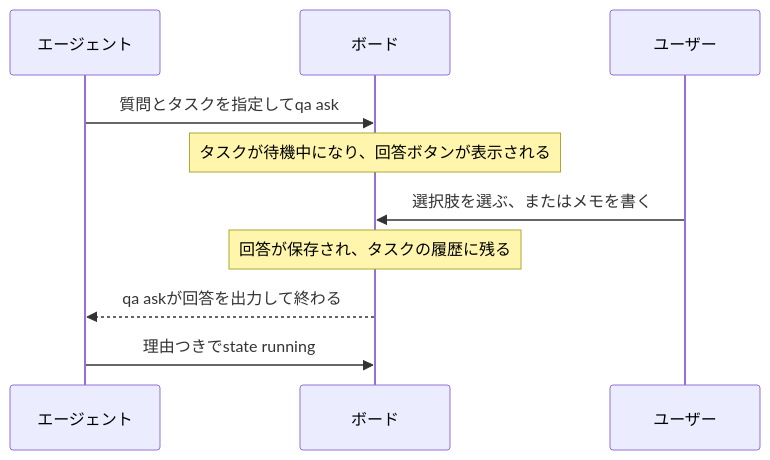
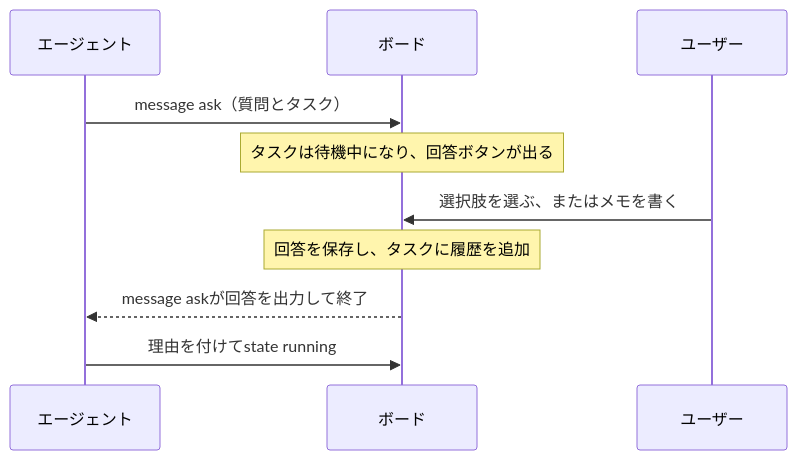
Before and after one commit to FooQoo/agent-board: the diagram in docs/ja/guide/delegate/decisions.md, drawn with Mermaid. The commit also changed other lines of this file and 52 other files, not shown here.

````diff
--- a/docs/ja/guide/delegate/decisions.md
+++ b/docs/ja/guide/delegate/decisions.md
@@ -88,12 +84,12 @@
 ```mermaid
 sequenceDiagram
     participant A as エージェント
     participant B as ボード
     participant U as ユーザー
-    A->>B: 質問とタスクを指定してqa ask
-    Note over B: タスクが待機中になり、回答ボタンが表示される
+    A->>B: message ask（質問とタスク）
+    Note over B: タスクは待機中になり、回答ボタンが出る
     U->>B: 選択肢を選ぶ、またはメモを書く
-    Note over B: 回答が保存され、タスクの履歴に残る
-    B-->>A: qa askが回答を出力して終わる
-    A->>B: 理由つきでstate running
+    Note over B: 回答を保存し、タスクに履歴を追加
+    B-->>A: message askが回答を出力して終了
+    A->>B: 理由を付けてstate running
 ```
````
